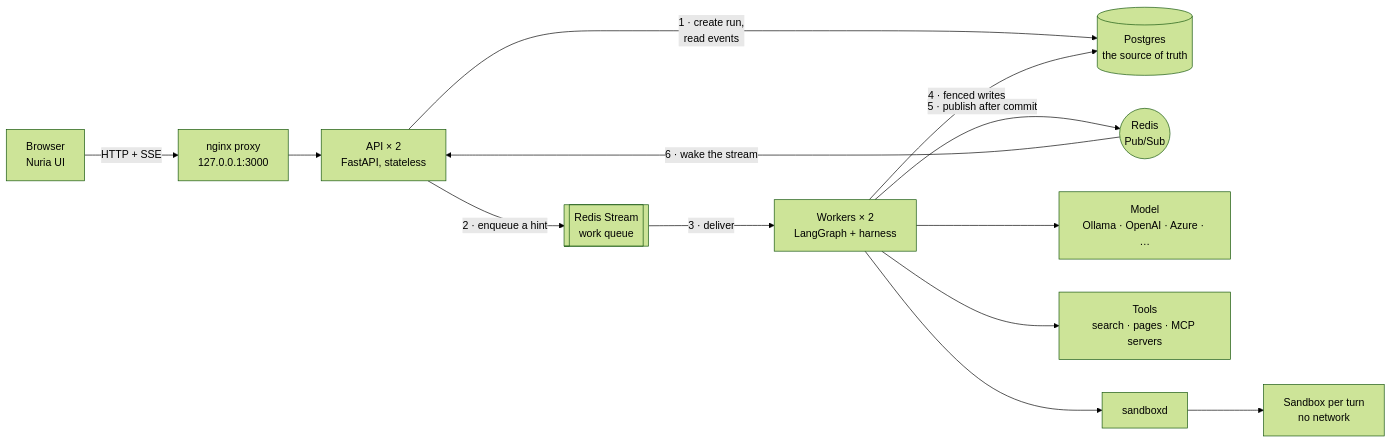
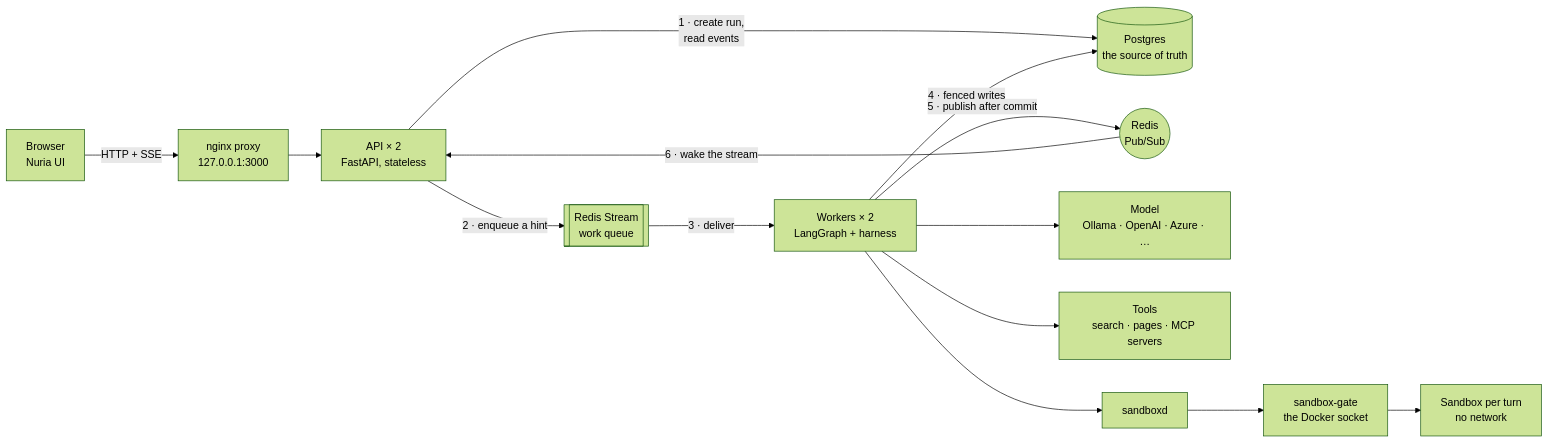
One commit to sofianebouabdallahh-ai/durable-langgraph-runtime changed the first of 3 diagrams in README.md. Above: the diagram before and after it, drawn with Mermaid (forest theme). The commit also changed other lines of this file, not shown here.

````diff
--- a/README.md
+++ b/README.md
@@ -127,14 +175,14 @@
 ```mermaid
 flowchart LR
     B["Browser<br/>Nuria UI"] -->|"HTTP + SSE"| P["nginx proxy<br/>127.0.0.1:3000"]
     P --> API["API × 2<br/>FastAPI, stateless"]
     API -->|"1 · create run,<br/>read events"| PG[("Postgres<br/>the source of truth")]
     API -->|"2 · enqueue a hint"| RS[["Redis Stream<br/>work queue"]]
     RS -->|"3 · deliver"| W["Workers × 2<br/>LangGraph + harness"]
     W -->|"4 · fenced writes"| PG
     W -->|"5 · publish after commit"| PS(("Redis<br/>Pub/Sub"))
     PS -->|"6 · wake the stream"| API
     W --> M["Model<br/>Ollama · OpenAI · Azure · …"]
     W --> T["Tools<br/>search · pages · MCP servers"]
-    W --> SD["sandboxd"] --> SB["Sandbox per turn<br/>no network"]
+    W --> SD["sandboxd"] --> SG["sandbox-gate<br/>the Docker socket"] --> SB["Sandbox per turn<br/>no network"]
 ```
````
